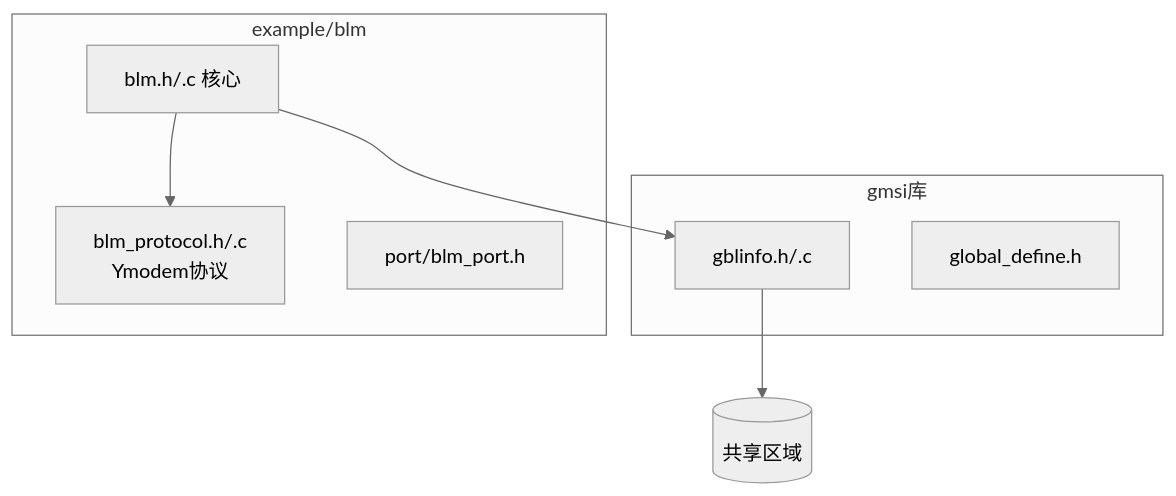
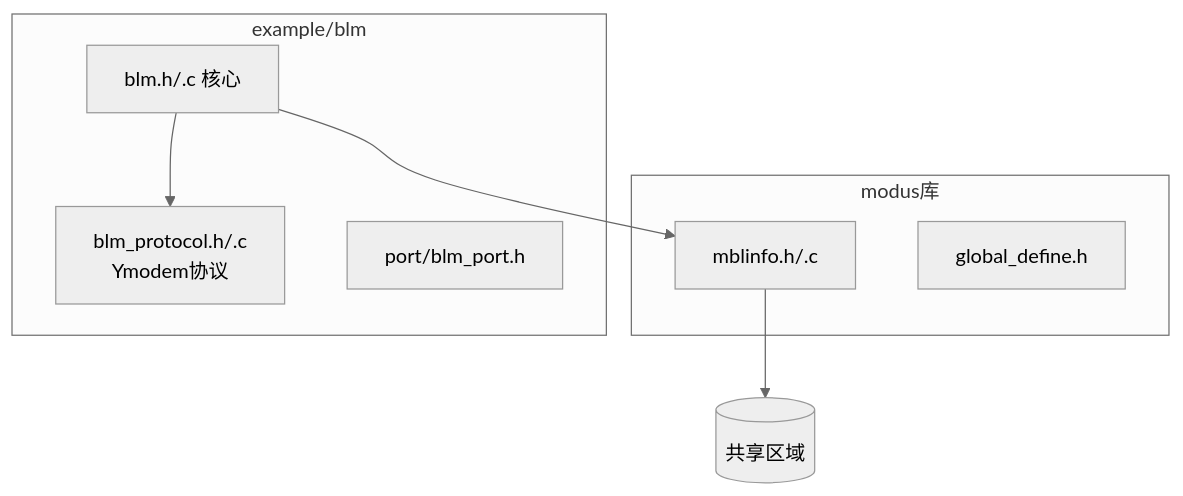
The diagram in example/blm/doc/implementation_plan.md (wyxun/gmsi), drawn with Mermaid (neutral theme) before and after one commit. The commit also changed other lines of this file and 139 other files, not shown here.

````diff
--- a/example/blm/doc/implementation_plan.md
+++ b/example/blm/doc/implementation_plan.md
@@ -5,19 +5,19 @@
 ```mermaid
 graph TB
-    subgraph "gmsi库"
-        GBLINFO[gblinfo.h/.c]
+    subgraph "modus库"
+        MBLINFO[mblinfo.h/.c]
         GDEF[global_define.h]
     end
     
     subgraph "example/blm"
         BLM[blm.h/.c 核心]
         PROTO[blm_protocol.h/.c<br/>Ymodem协议]
         PORT[port/blm_port.h]
     end
     
     SHARED[(共享区域)]
     
     BLM --> PROTO
-    BLM --> GBLINFO
-    GBLINFO --> SHARED
+    BLM --> MBLINFO
+    MBLINFO --> SHARED
 ```
````
